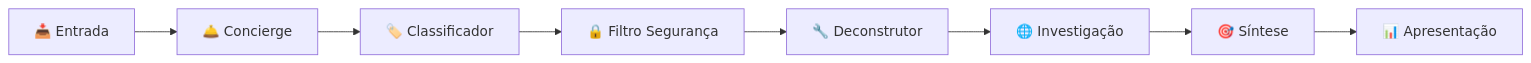
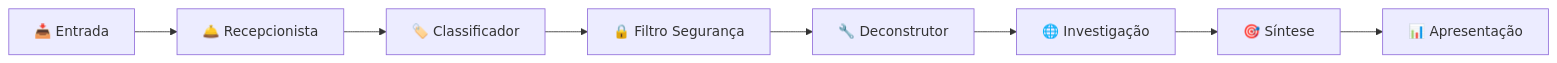
One commit to renatobarrosai/investiga.ai-backend changed the diagram in README.md. Above: the diagram before and after it, drawn with Mermaid. The commit also changed other lines of this file and 4 other files, not shown here.

Commit message:
refactor: substitui Concierge por Recepcionista

````diff
--- a/README.md
+++ b/README.md
@@ -45,10 +45,10 @@
 ```mermaid
 graph LR
-    A[📥 Entrada] --> B[🛎️ Concierge]
+    A[📥 Entrada] --> B[🛎️ Recepcionista]
     B --> C[🏷️ Classificador]
     C --> D[🔒 Filtro Segurança]
     D --> E[🔧 Deconstrutor]
     E --> F[🌐 Investigação]
     F --> G[🎯 Síntese]
     G --> H[📊 Apresentação]
 ```
````
